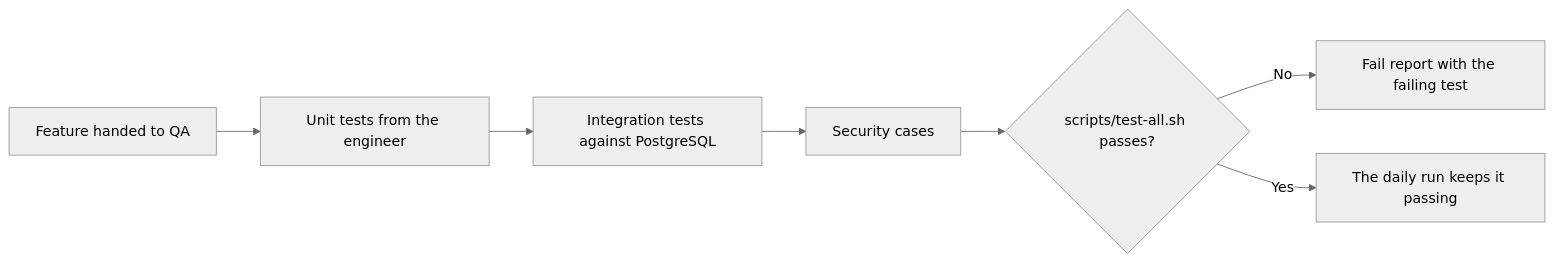
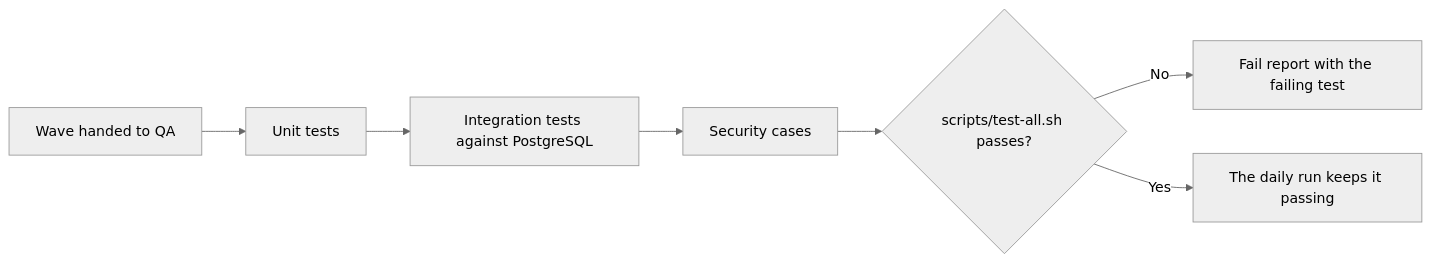
The diagram in component/backend/testing.backend.md (rahfianugerah/docs), drawn with Mermaid (neutral theme) before and after one commit. The commit also changed other lines of this file and 35 other files, not shown here.

````diff
--- a/component/backend/testing.backend.md
+++ b/component/backend/testing.backend.md
@@ -23,9 +23,9 @@
 ```mermaid
 flowchart LR
-  A["Feature handed to QA"] --> B["Unit tests from the engineer"]
+  A["Wave handed to QA"] --> B["Unit tests"]
   B --> C["Integration tests against PostgreSQL"]
   C --> D["Security cases"]
   D --> E{"scripts/test-all.sh passes?"}
   E -->|No| F["Fail report with the failing test"]
   E -->|Yes| N["The daily run keeps it passing"]
 ```
````
